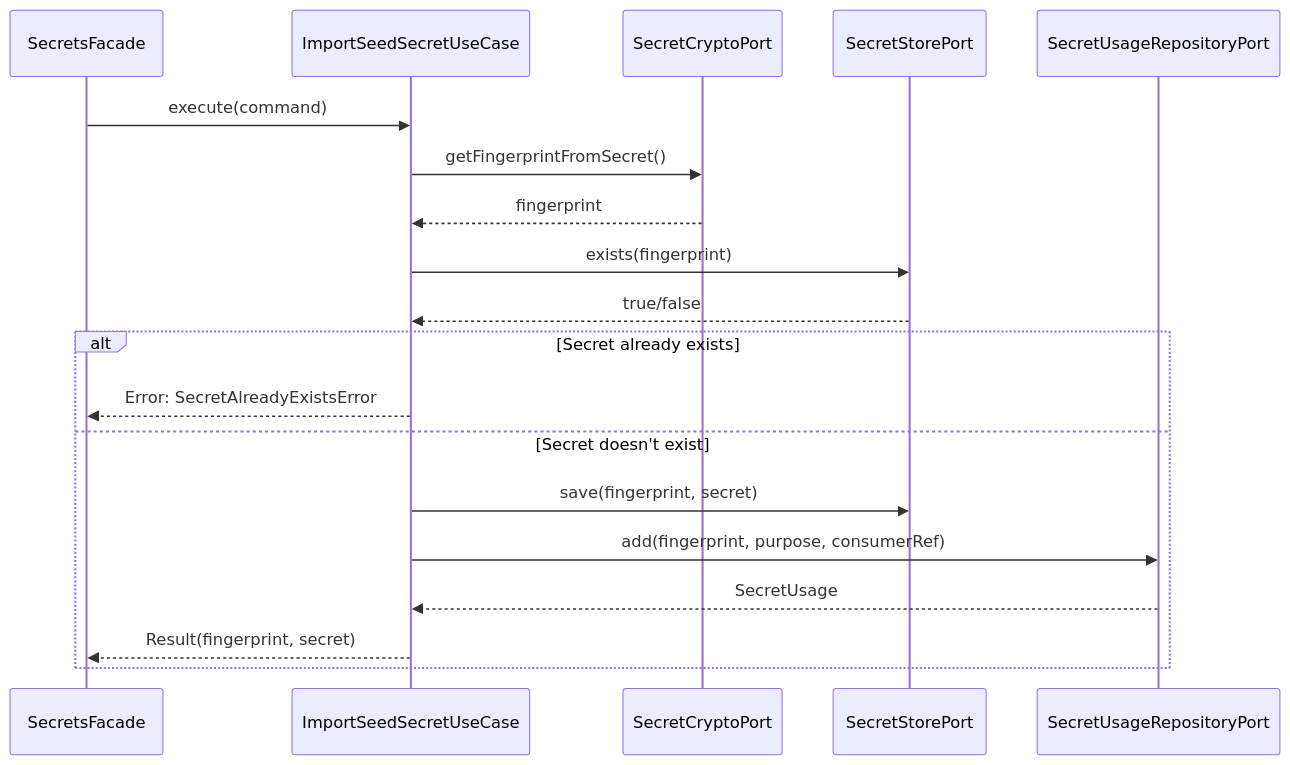
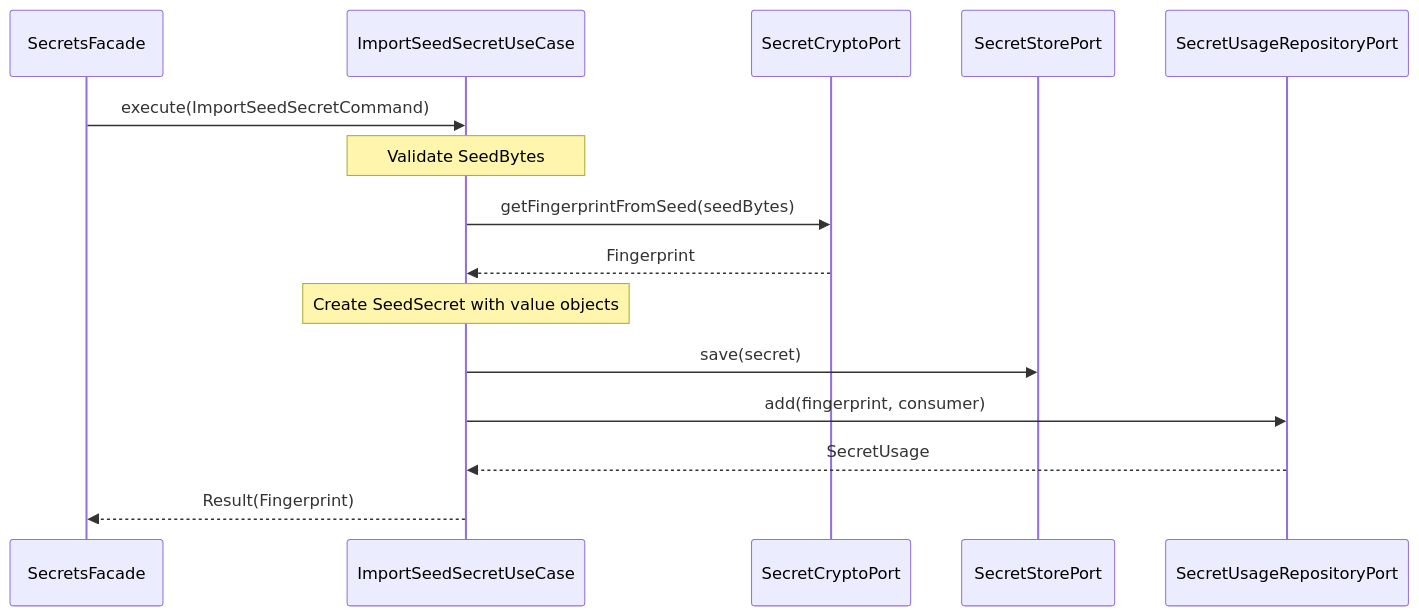
Diagram 11 of 17 in lib/features/secrets/secrets_architecture.md (SatoshiPortal/bullbitcoin-mobile), drawn with Mermaid before and after one commit. The commit also changed other lines of this file and 16 other files, not shown here.

Commit message:
update architecture doc of secrets

````diff
--- a/lib/features/secrets/secrets_architecture.md
+++ b/lib/features/secrets/secrets_architecture.md
@@ -484,22 +549,18 @@
 ```mermaid
 sequenceDiagram
     participant F as SecretsFacade
     participant UC as ImportSeedSecretUseCase
     participant SC as SecretCryptoPort
     participant SS as SecretStorePort
     participant SR as SecretUsageRepositoryPort
 
-    F->>UC: execute(command)
-    UC->>SC: getFingerprintFromSecret()
-    SC-->>UC: fingerprint
-    UC->>SS: exists(fingerprint)
-    SS-->>UC: true/false
-    alt Secret already exists
-        UC-->>F: Error: SecretAlreadyExistsError
-    else Secret doesn't exist
-        UC->>SS: save(fingerprint, secret)
-        UC->>SR: add(fingerprint, purpose, consumerRef)
-        SR-->>UC: SecretUsage
-        UC-->>F: Result(fingerprint, secret)
-    end
+    F->>UC: execute(ImportSeedSecretCommand)
+    Note over UC: Validate SeedBytes
+    UC->>SC: getFingerprintFromSeed(seedBytes)
+    SC-->>UC: Fingerprint
+    Note over UC: Create SeedSecret with value objects
+    UC->>SS: save(secret)
+    UC->>SR: add(fingerprint, consumer)
+    SR-->>UC: SecretUsage
+    UC-->>F: Result(Fingerprint)
 ```
````
